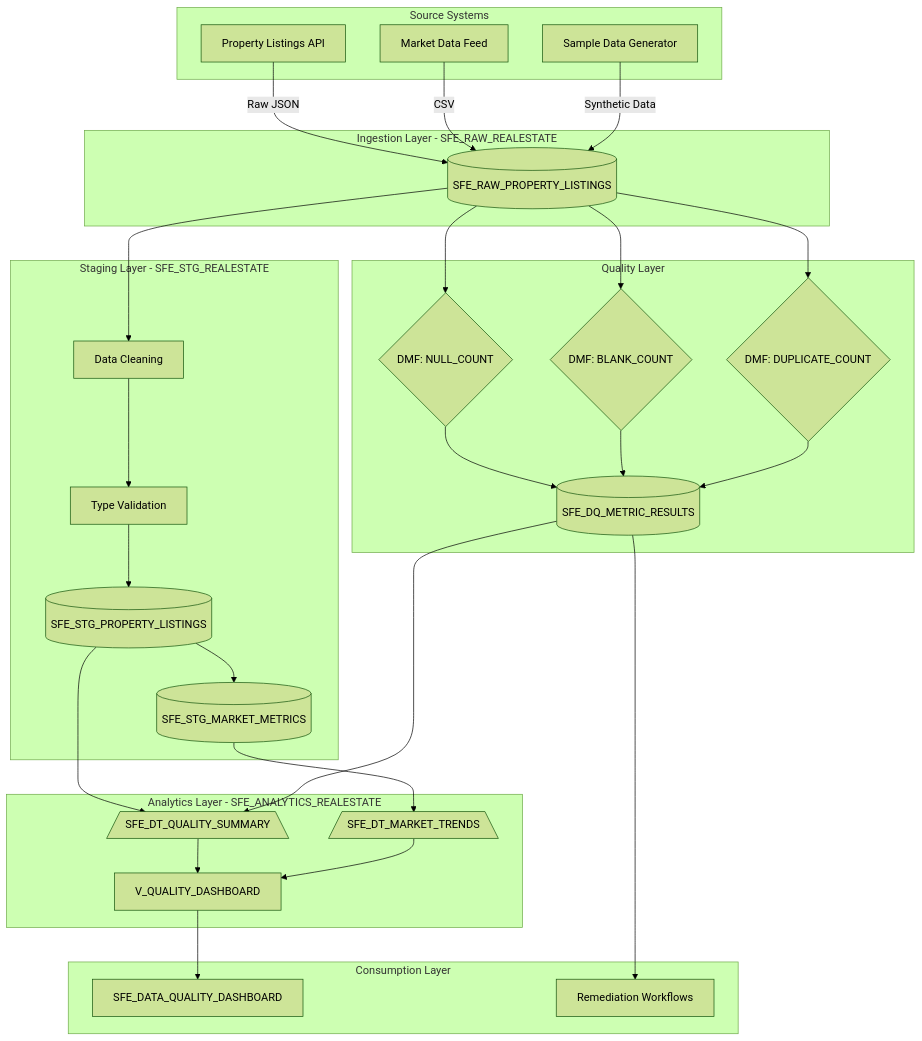
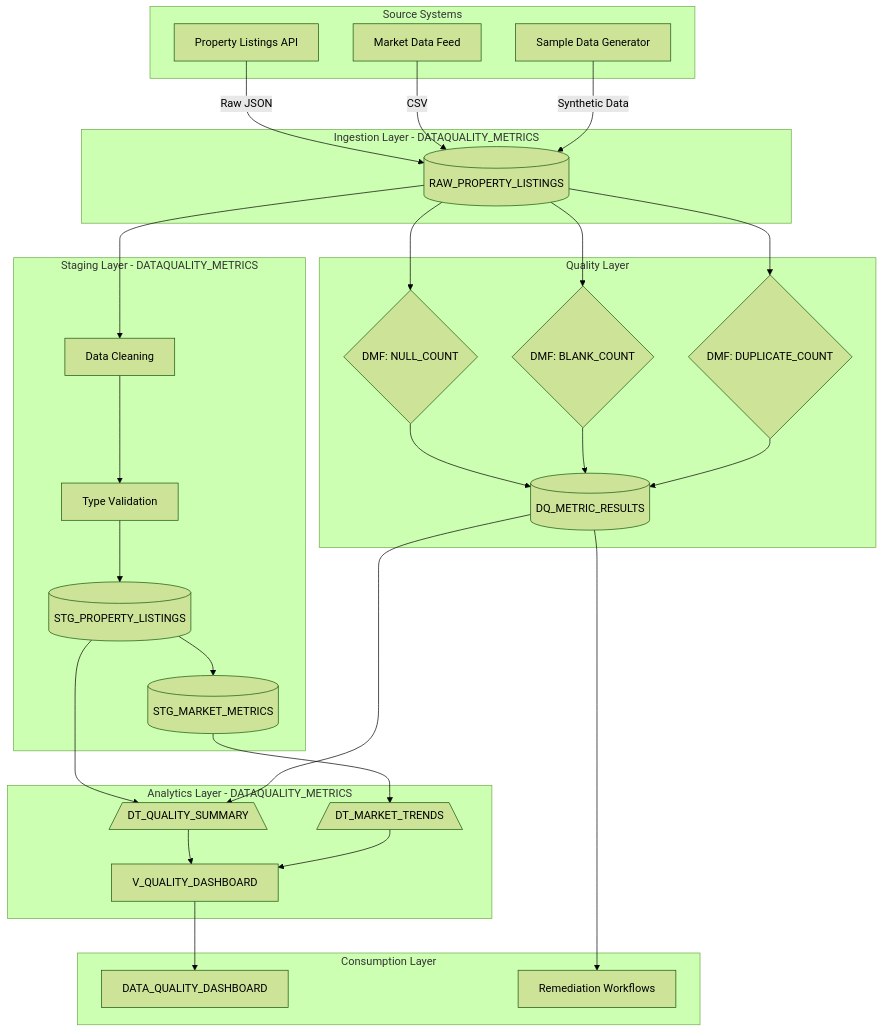
The diagram in diagrams/data-flow.md (sfc-gh-miwhitaker/dataquality), drawn with Mermaid (forest theme) before and after one commit. The commit also changed other lines of this file and 23 other files, not shown here.

Commit message:
Add pre-commit configuration and baseline secrets file; update deployment scripts and documentation for new schema structure and expiration dates.

````diff
--- a/diagrams/data-flow.md
+++ b/diagrams/data-flow.md
@@ -18,62 +18,62 @@
 ```mermaid
 graph TB
     subgraph Sources["Source Systems"]
         S1[Property Listings API]
         S2[Market Data Feed]
         S3[Sample Data Generator]
     end
-    
-    subgraph Ingestion["Ingestion Layer - SFE_RAW_REALESTATE"]
-        I1[(SFE_RAW_PROPERTY_LISTINGS)]
+
+    subgraph Ingestion["Ingestion Layer - DATAQUALITY_METRICS"]
+        I1[(RAW_PROPERTY_LISTINGS)]
     end
-    
+
     subgraph Quality["Quality Layer"]
         Q1{DMF: NULL_COUNT}
         Q2{DMF: BLANK_COUNT}
         Q3{DMF: DUPLICATE_COUNT}
-        Q4[(SFE_DQ_METRIC_RESULTS)]
+        Q4[(DQ_METRIC_RESULTS)]
     end
-    
-    subgraph Staging["Staging Layer - SFE_STG_REALESTATE"]
+
+    subgraph Staging["Staging Layer - DATAQUALITY_METRICS"]
         T1[Data Cleaning]
         T2[Type Validation]
-        T3[(SFE_STG_PROPERTY_LISTINGS)]
-        T4[(SFE_STG_MARKET_METRICS)]
+        T3[(STG_PROPERTY_LISTINGS)]
+        T4[(STG_MARKET_METRICS)]
     end
-    
-    subgraph Analytics["Analytics Layer - SFE_ANALYTICS_REALESTATE"]
-        DT1[/SFE_DT_QUALITY_SUMMARY\]
-        DT2[/SFE_DT_MARKET_TRENDS\]
+
+    subgraph Analytics["Analytics Layer - DATAQUALITY_METRICS"]
+        DT1[/DT_QUALITY_SUMMARY\]
+        DT2[/DT_MARKET_TRENDS\]
         V1[V_QUALITY_DASHBOARD]
     end
-    
+
     subgraph Consumption["Consumption Layer"]
-        ST[SFE_DATA_QUALITY_DASHBOARD]
+        ST[DATA_QUALITY_DASHBOARD]
         REM[Remediation Workflows]
     end
-    
+
     S1 -->|Raw JSON| I1
     S2 -->|CSV| I1
     S3 -->|Synthetic Data| I1
-    
+
     I1 --> Q1
     I1 --> Q2
     I1 --> Q3
     Q1 --> Q4
     Q2 --> Q4
     Q3 --> Q4
-    
+
     I1 --> T1
     T1 --> T2
     T2 --> T3
     T3 --> T4
-    
+
     T3 --> DT1
     T4 --> DT2
     Q4 --> DT1
     DT1 --> V1
     DT2 --> V1
-    
+
     V1 --> ST
     Q4 --> REM
 ```
````
